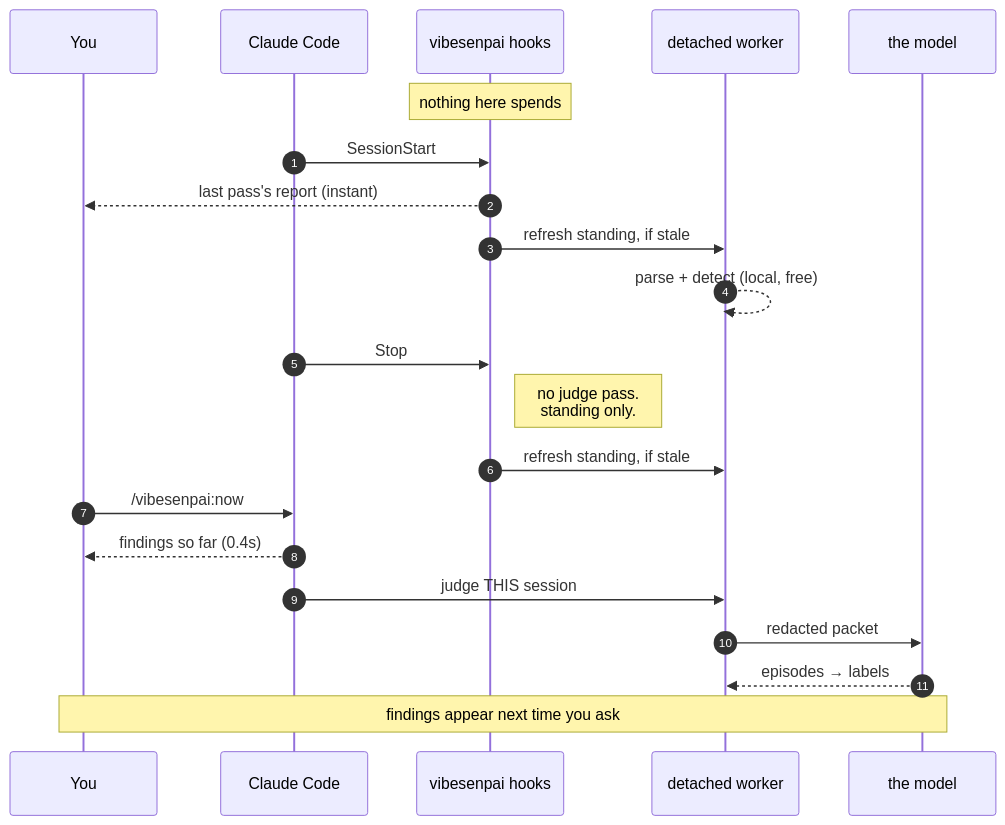
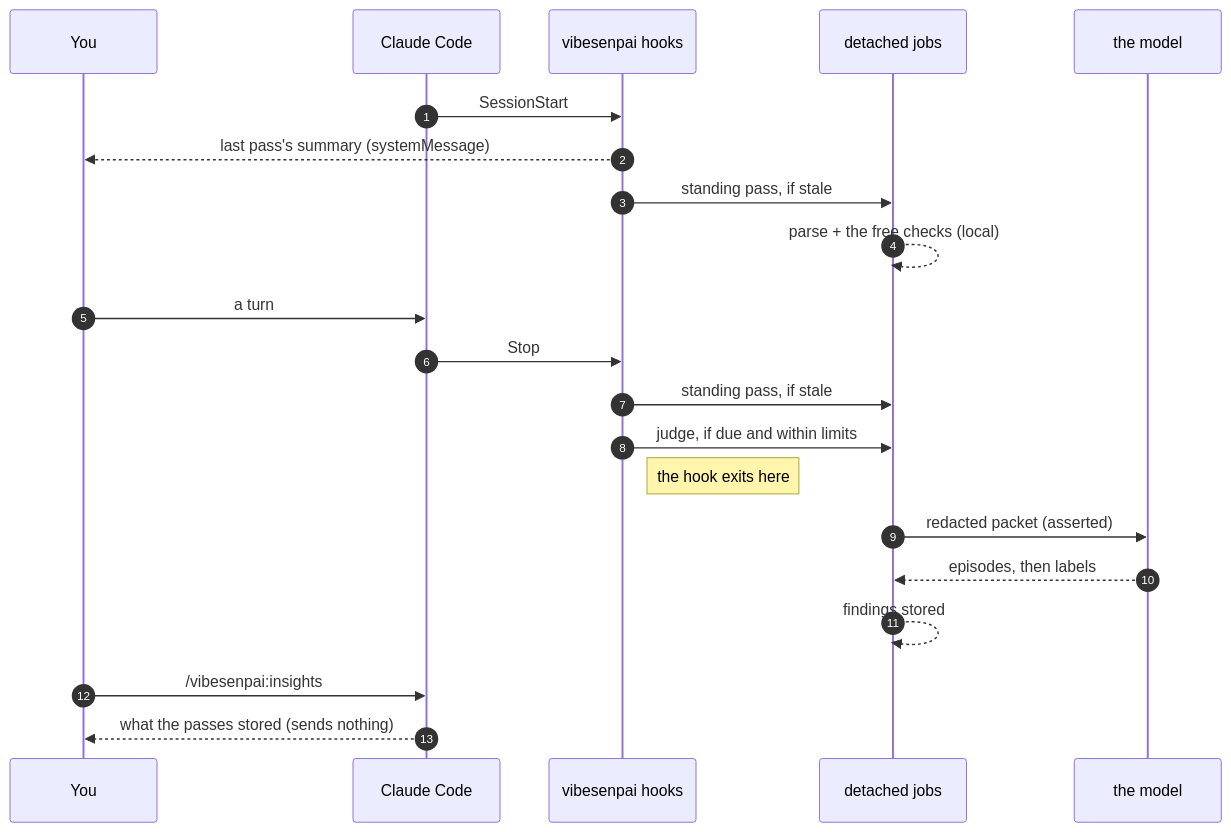
Before and after one commit to vibesenpai/vibesenpai: the diagram in site/src/diagrams/hook-lifecycle.mmd, drawn with Mermaid. The commit also changed 72 other files, not shown here.

```diff
--- a/site/src/diagrams/hook-lifecycle.mmd
+++ b/site/src/diagrams/hook-lifecycle.mmd
@@ -1,25 +1,24 @@
 sequenceDiagram
   autonumber
   participant You
   participant CC as Claude Code
   participant H as vibesenpai hooks
-  participant W as detached worker
+  participant W as detached jobs
   participant M as the model
 
-  Note over H: nothing here spends
+  CC->>H: SessionStart
+  H-->>You: last pass's summary (systemMessage)
+  H->>W: standing pass, if stale
+  W-->>W: parse + the free checks (local)
 
-  CC->>H: SessionStart
-  H-->>You: last pass's report (instant)
-  H->>W: refresh standing, if stale
-  W-->>W: parse + detect (local, free)
+  You->>CC: a turn
+  CC->>H: Stop
+  H->>W: standing pass, if stale
+  H->>W: judge, if due and within limits
+  Note right of H: the hook exits here
+  W->>M: redacted packet (asserted)
+  M-->>W: episodes, then labels
+  W-->>W: findings stored
 
-  CC->>H: Stop
-  Note right of H: no judge pass.<br/>standing only.
-  H->>W: refresh standing, if stale
-
-  You->>CC: /vibesenpai:now
-  CC-->>You: findings so far (0.4s)
-  CC->>W: judge THIS session
-  W->>M: redacted packet
-  M-->>W: episodes → labels
-  Note over You,M: findings appear next time you ask
+  You->>CC: /vibesenpai:insights
+  CC-->>You: what the passes stored (sends nothing)
```
